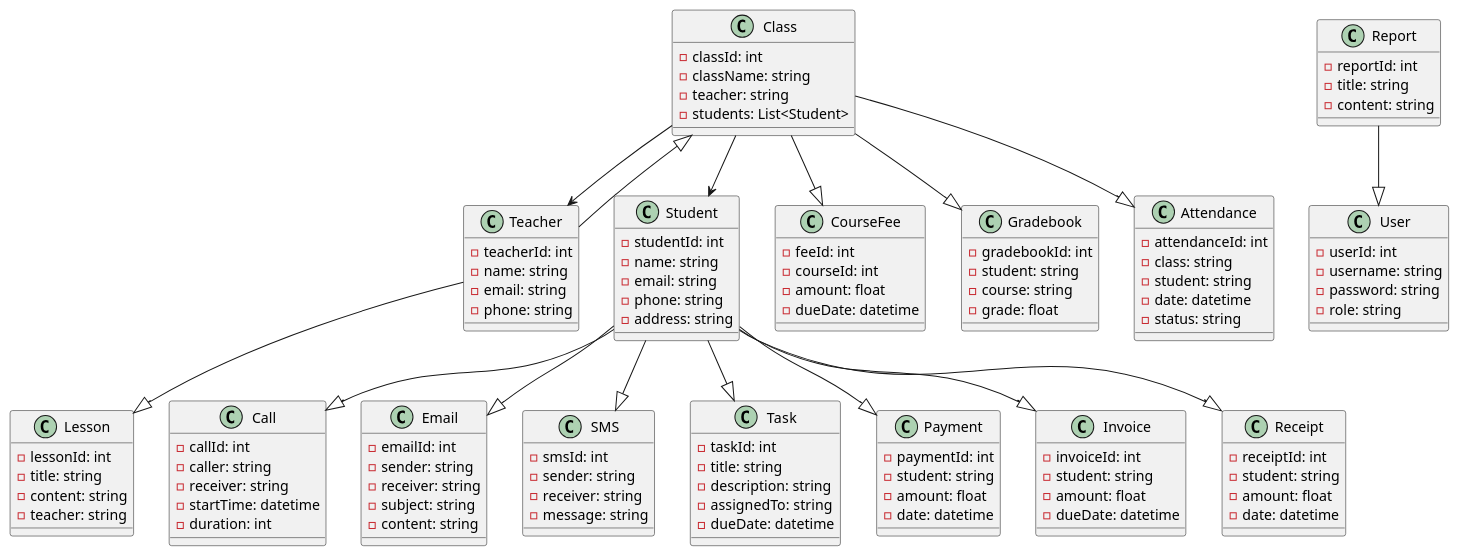
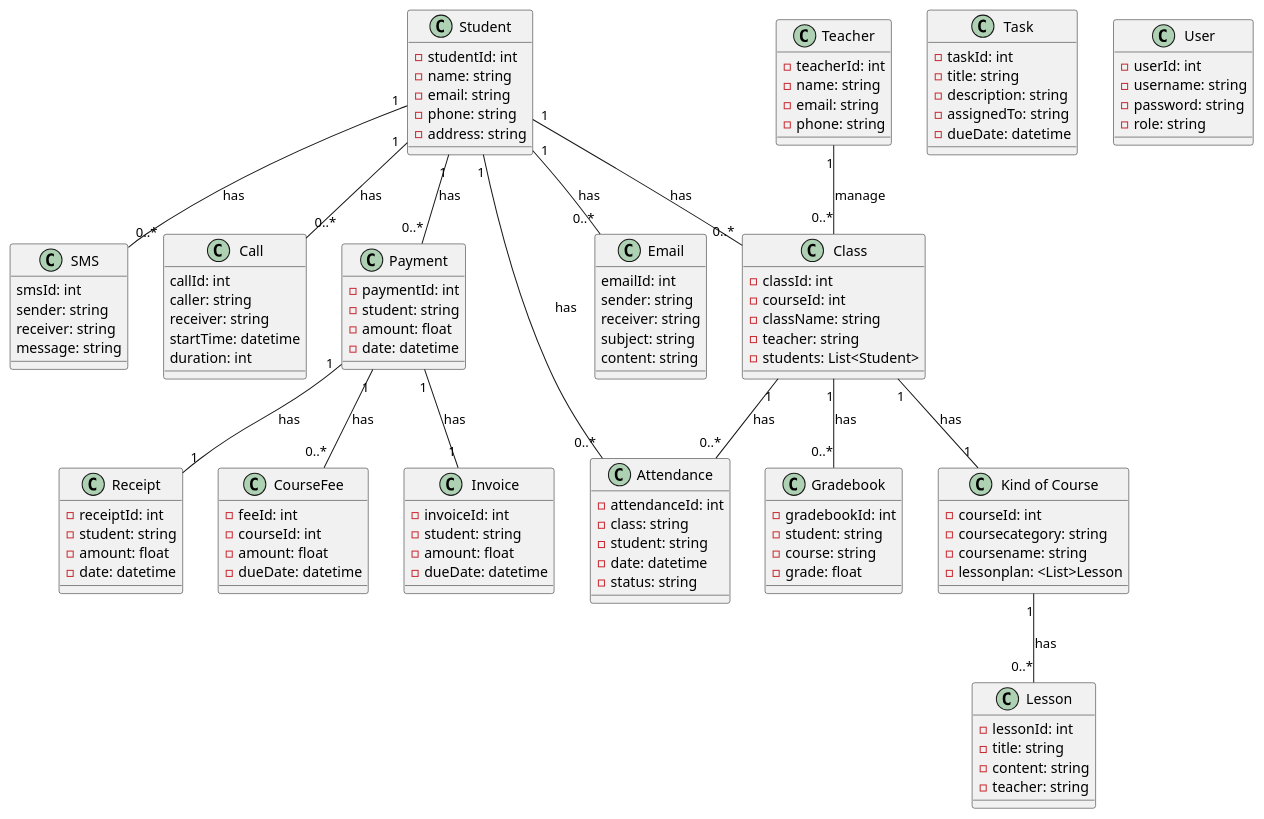
The diagram in LAB 1/Lab 1.2/Class/Class Diagram.md (quynhnhu-172002/SE357-Pratice-class), drawn with PlantUML before and after one commit.

Commit message:
Fixed Class Diagram.md

```diff
--- a/LAB 1/Lab 1.2/Class/Class Diagram.md
+++ b/LAB 1/Lab 1.2/Class/Class Diagram.md
@@ -1,5 +1,4 @@
 @startuml
-
 class "Student" as Student {
   - studentId: int
   - name: string
@@ -7,30 +6,26 @@
   - phone: string
   - address: string
 }
-
 class "Call" as Call {
-  - callId: int
-  - caller: string
-  - receiver: string
-  - startTime: datetime
-  - duration: int
+  callId: int
+  caller: string
+  receiver: string
+  startTime: datetime
+  duration: int 
 }
-
 class "Email" as Email {
-  - emailId: int
-  - sender: string
-  - receiver: string
-  - subject: string
-  - content: string
+  emailId: int
+  sender: string
+  receiver: string
+  subject: string
+  content: string 
 }
-
 class "SMS" as SMS {
-  - smsId: int
-  - sender: string
-  - receiver: string
-  - message: string
+  smsId: int
+  sender: string
+  receiver: string
+  message: string 
 }
-
 class "Task" as Task {
   - taskId: int
   - title: string
@@ -38,42 +33,37 @@
   - assignedTo: string
   - dueDate: datetime
 }
-
 class "Teacher" as Teacher {
   - teacherId: int
   - name: string
   - email: string
   - phone: string
 }
-
 class "Lesson" as Lesson {
   - lessonId: int
   - title: string
   - content: string
   - teacher: string
 }
-
 class "Class" as Class {
   - classId: int
+  - courseId: int
   - className: string
   - teacher: string
   - students: List<Student>
 }
-
 class "CourseFee" as CourseFee {
   - feeId: int
   - courseId: int
   - amount: float
   - dueDate: datetime
 }
-
 class "Gradebook" as Gradebook {
   - gradebookId: int
   - student: string
   - course: string
   - grade: float
 }
-
 class "Attendance" as Attendance {
   - attendanceId: int
   - class: string
@@ -81,55 +71,49 @@
   - date: datetime
   - status: string
 }
-
 class "Payment" as Payment {
   - paymentId: int
   - student: string
   - amount: float
   - date: datetime
 }
-
 class "Invoice" as Invoice {
   - invoiceId: int
   - student: string
   - amount: float
   - dueDate: datetime
 }
-
 class "Receipt" as Receipt {
   - receiptId: int
   - student: string
   - amount: float
   - date: datetime
 }
-
-class "Report" as Report {
-  - reportId: int
-  - title: string
-  - content: string
-}
-
 class "User" as User {
   - userId: int
   - username: string
   - password: string
   - role: string
 }
+class "Kind of Course" as KindofCourse {
+  - courseId: int
+  - coursecategory: string
+  - coursename: string
+  - lessonplan: <List>Lesson
+}
 
-Student --|> Call
-Student --|> Email
-Student --|> SMS
-Student --|> Task
-Teacher --|> Lesson
-Teacher --|> Class
-Class --> Student
-Class --> Teacher
-Class --|> CourseFee
-Class --|> Gradebook
-Class --|> Attendance
-Student --|> Payment
-Student --|> Invoice
-Student --|> Receipt
-Report --|> User
-
+Student "1" -- "0..*" Class: has
+Teacher "1" -- "0..*" Class : manage
+Payment "1" -- "0..*" CourseFee : has
+Class "1" -- "0..*" Gradebook : has
+Class "1" -- "0..*" Attendance : has
+Student "1" -- "0..*" Payment : has
+Student "1" -- "0..*" Call : has
+Student "1" -- "0..*" SMS : has
+Student "1" -- "0..*" Email : has
+Payment "1" -- "1" Invoice : has
+Payment "1" -- "1" Receipt : has
+Class "1" -- "1" KindofCourse : has
+KindofCourse "1" -- "0..*" Lesson : has
+Student "1" -- "0..*" Attendance : has
 @enduml
```
